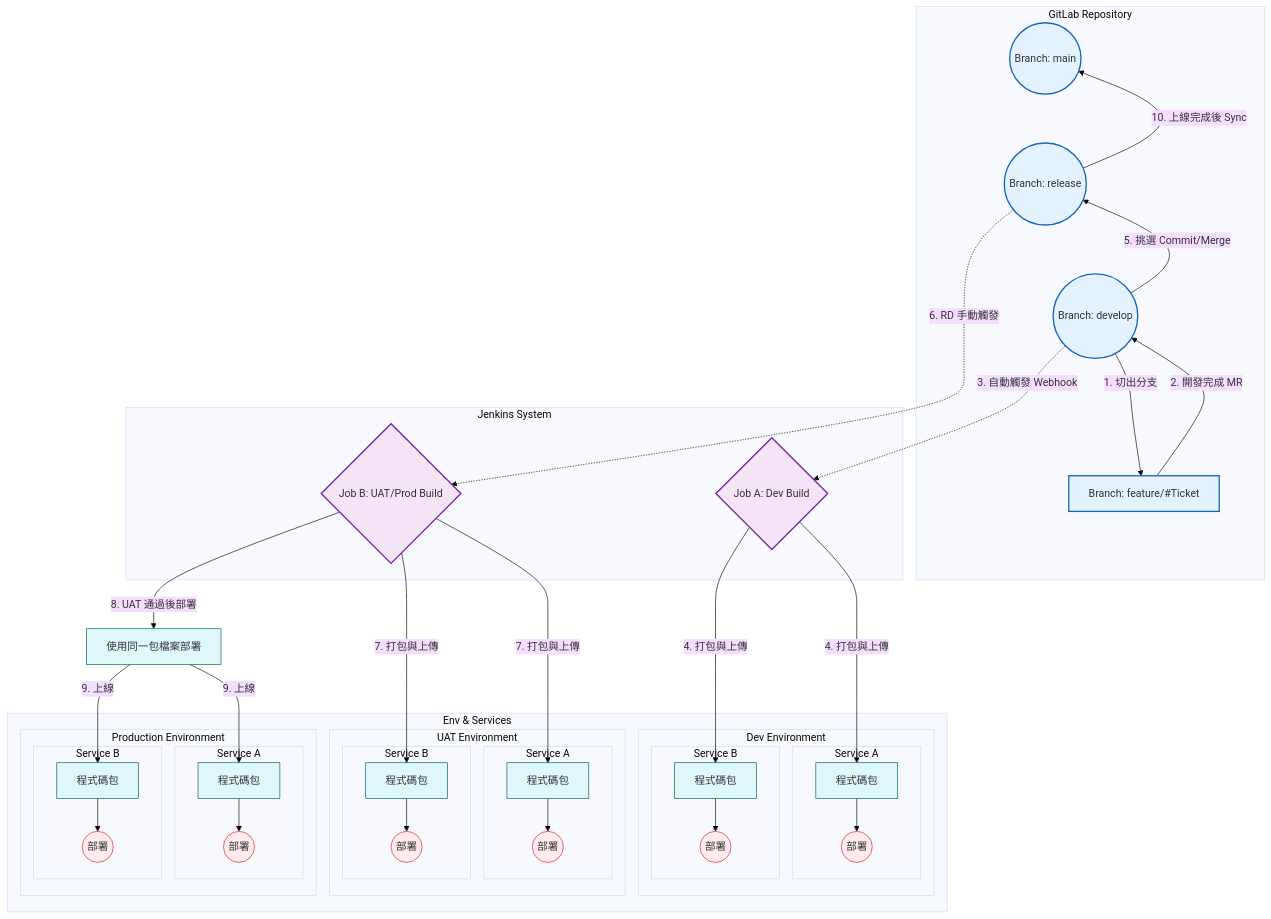
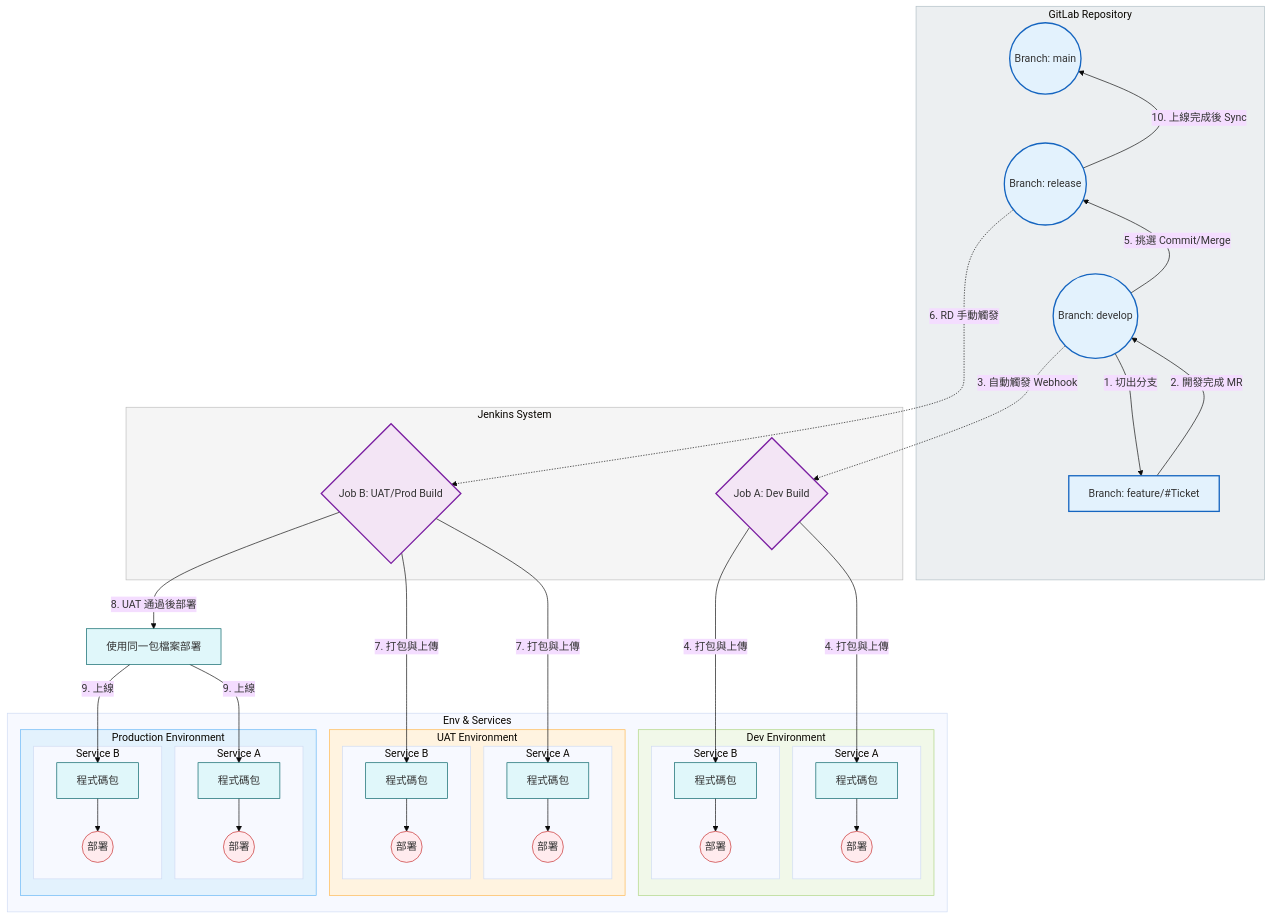
One commit to almightyken0425/KnowledgeVault changed the second of 2 diagrams in SIT/ReleaseWorkFlow.md. Above: the diagram before and after it, drawn with Mermaid (base theme).

````diff
--- a/SIT/ReleaseWorkFlow.md
+++ b/SIT/ReleaseWorkFlow.md
@@ -125,4 +125,11 @@
     ProdDeploy -->|9. 上線| ProdPkgA & ProdPkgB
 
     Release -->|10. 上線完成後 Sync| Main
+
+    %% Subgraph Styles
+    style Git_Repo fill:#ECEFF1,stroke:#B0BEC5,stroke-width:1px
+    style CI_CD fill:#F5F5F5,stroke:#BDBDBD,stroke-width:1px
+    style DevEnv fill:#F1F8E9,stroke:#AED581,stroke-width:1px
+    style UATEnv fill:#FFF3E0,stroke:#FFB74D,stroke-width:1px
+    style ProdEnv fill:#E3F2FD,stroke:#64B5F6,stroke-width:1px
 ```
````
